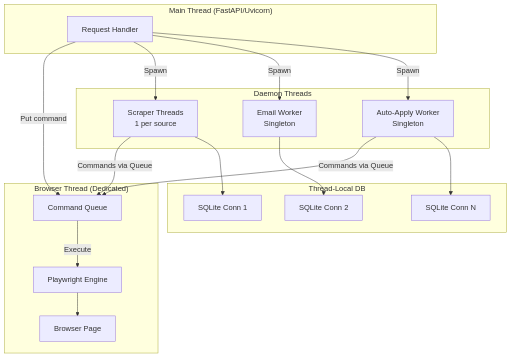
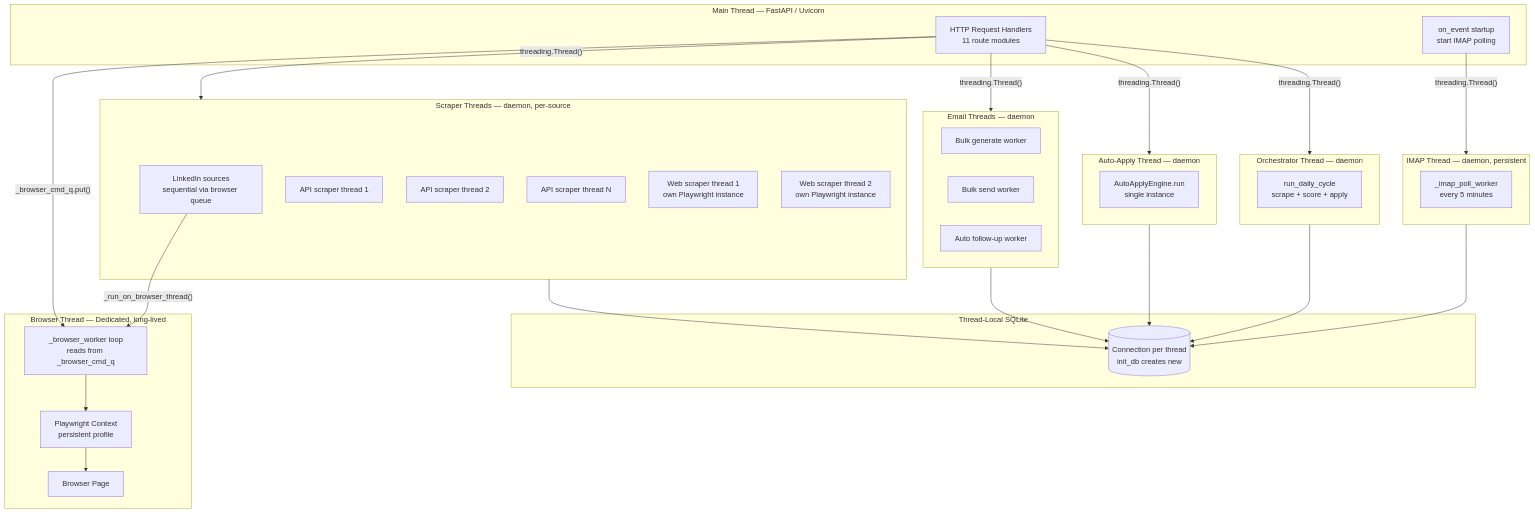
The seventh of 16 diagrams in docs/SYSTEM_DIAGRAMS.md (vineetkukreti/coolkit), drawn with Mermaid before and after one commit. The commit also changed other lines of this file and 81 other files, not shown here.

````diff
--- a/docs/SYSTEM_DIAGRAMS.md
+++ b/docs/SYSTEM_DIAGRAMS.md
@@ -199,39 +279,60 @@
 ```mermaid
 graph TB
-    subgraph MAIN["Main Thread (FastAPI/Uvicorn)"]
-        FASTAPI[Request Handler]
+    subgraph MAIN["Main Thread — FastAPI / Uvicorn"]
+        REQ[HTTP Request Handlers<br/>11 route modules]
+        STARTUP[on_event startup<br/>start IMAP polling]
     end
 
-    subgraph BROWSER_THREAD["Browser Thread (Dedicated)"]
-        PW[Playwright Engine]
+    subgraph BT["Browser Thread — Dedicated, long-lived"]
+        WORKER[_browser_worker loop<br/>reads from _browser_cmd_q]
+        PW[Playwright Context<br/>persistent profile]
         PAGE[Browser Page]
-        CMD_Q[Command Queue]
+        WORKER --> PW --> PAGE
     end
 
-    subgraph DAEMON_THREADS["Daemon Threads"]
-        SCRAPER_T[Scraper Threads<br/>1 per source]
-        EMAIL_T[Email Worker<br/>Singleton]
-        APPLY_T[Auto-Apply Worker<br/>Singleton]
+    subgraph SCRAPER_POOL["Scraper Threads — daemon, per-source"]
+        LI_T[LinkedIn sources<br/>sequential via browser queue]
+        API_T1[API scraper thread 1]
+        API_T2[API scraper thread 2]
+        API_TN[API scraper thread N]
+        WEB_T1[Web scraper thread 1<br/>own Playwright instance]
+        WEB_T2[Web scraper thread 2<br/>own Playwright instance]
     end
 
-    subgraph DB_THREADS["Thread-Local DB"]
-        DB1[SQLite Conn 1]
-        DB2[SQLite Conn 2]
-        DB3[SQLite Conn N]
+    subgraph EMAIL_THREADS["Email Threads — daemon"]
+        GEN_T[Bulk generate worker]
+        SEND_T[Bulk send worker]
+        FU_T[Auto follow-up worker]
     end
 
-    FASTAPI -->|Put command| CMD_Q
-    CMD_Q -->|Execute| PW
-    PW --> PAGE
+    subgraph IMAP_T["IMAP Thread — daemon, persistent"]
+        POLL[_imap_poll_worker<br/>every 5 minutes]
+    end
 
-    FASTAPI -->|Spawn| SCRAPER_T
-    FASTAPI -->|Spawn| EMAIL_T
-    FASTAPI -->|Spawn| APPLY_T
+    subgraph APPLY_T["Auto-Apply Thread — daemon"]
+        ENGINE[AutoApplyEngine.run<br/>single instance]
+    end
 
-    SCRAPER_T -->|Commands via Queue| CMD_Q
-    APPLY_T -->|Commands via Queue| CMD_Q
+    subgraph ORCH_T["Orchestrator Thread — daemon"]
+        DAILY[run_daily_cycle<br/>scrape + score + apply]
+    end
 
-    SCRAPER_T --> DB1
-    EMAIL_T --> DB2
-    APPLY_T --> DB3
+    subgraph DB["Thread-Local SQLite"]
+        DB1[(Connection per thread<br/>init_db creates new)]
+    end
+
+    REQ -->|"_browser_cmd_q.put()"| WORKER
+    REQ -->|"threading.Thread()"| SCRAPER_POOL
+    REQ -->|"threading.Thread()"| EMAIL_THREADS
+    REQ -->|"threading.Thread()"| APPLY_T
+    REQ -->|"threading.Thread()"| ORCH_T
+    STARTUP -->|"threading.Thread()"| IMAP_T
+
+    LI_T -->|"_run_on_browser_thread()"| WORKER
+
+    SCRAPER_POOL --> DB1
+    EMAIL_THREADS --> DB1
+    APPLY_T --> DB1
+    ORCH_T --> DB1
+    IMAP_T --> DB1
 ```
````
